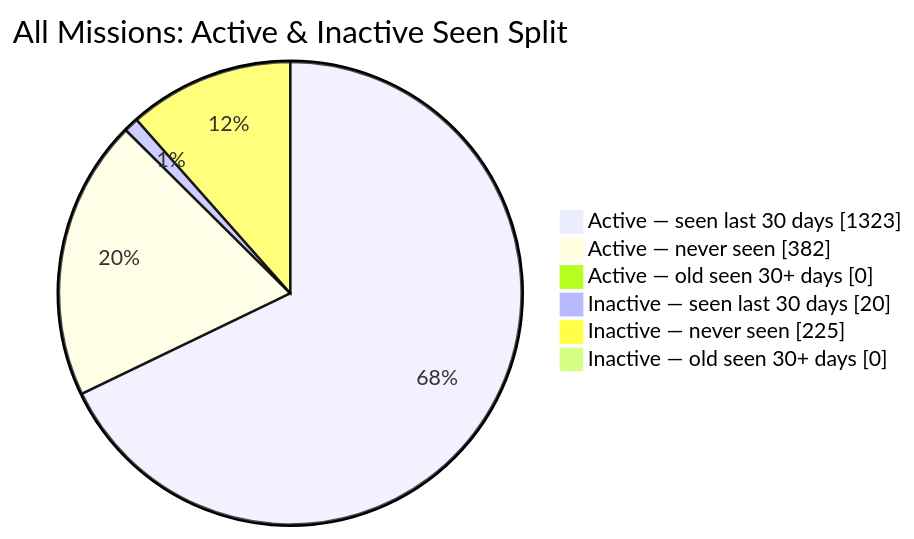
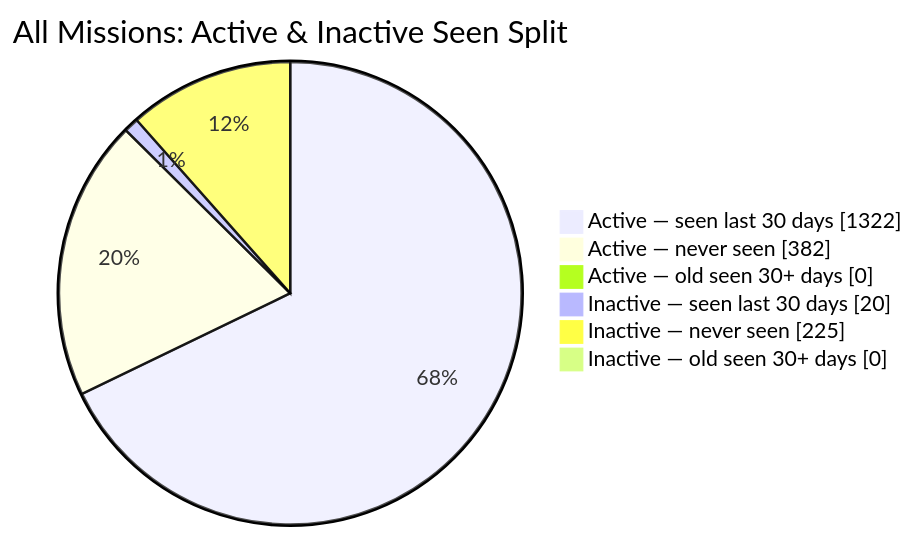
The second of 2 diagrams in README.md (MeldkamerspelGameTeam/active-missions), drawn with Mermaid before and after one commit. The commit also changed other lines of this file and 5 other files, not shown here.

````diff
--- a/README.md
+++ b/README.md
@@ -44,10 +45,10 @@
 ```mermaid
 pie showData
     title All Missions: Active & Inactive Seen Split
-    "Active — seen last 30 days" : 1323
+    "Active — seen last 30 days" : 1322
     "Active — never seen" : 382
     "Active — old seen 30+ days" : 0
     "Inactive — seen last 30 days" : 20
     "Inactive — never seen" : 225
     "Inactive — old seen 30+ days" : 0
 ```
````
